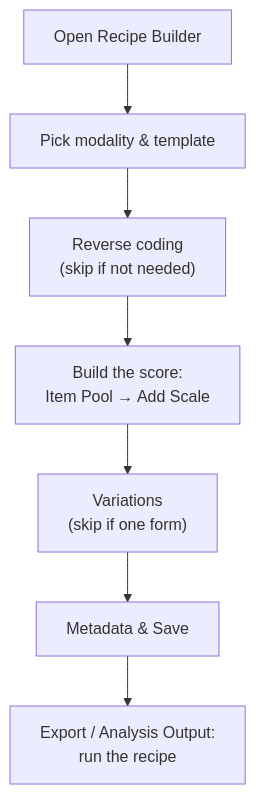
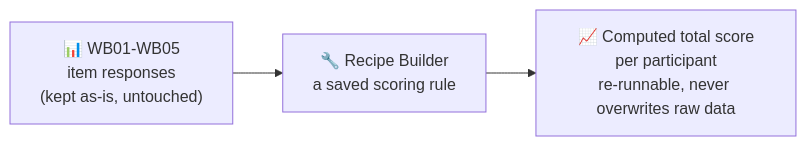
Before and after one commit to MRI-Lab-Graz/prism-studio: the diagram in docs/TUTORIAL_BEGINNER_4_RECIPE.md, drawn with Mermaid. The commit also changed 5 other files, not shown here.

First line of the commit message:
docs: replace per-chapter step flowcharts with input->tool->output diagrams (#126)

````diff
--- a/docs/TUTORIAL_BEGINNER_4_RECIPE.md
+++ b/docs/TUTORIAL_BEGINNER_4_RECIPE.md
@@ -12,9 +12,5 @@
 ```{mermaid}
-flowchart TD
-    A["Open Recipe Builder"] --> B["Pick modality & template"]
-    B --> C["Reverse coding<br/>(skip if not needed)"]
-    C --> D["Build the score:<br/>Item Pool → Add Scale"]
-    D --> E["Variations<br/>(skip if one form)"]
-    E --> F["Metadata & Save"]
-    F --> G["Export / Analysis Output:<br/>run the recipe"]
+flowchart LR
+    A["📊 WB01-WB05<br/>item responses<br/>(kept as-is, untouched)"] --> B["🔧 Recipe Builder<br/>a saved scoring rule"]
+    B --> C["📈 Computed total score<br/>per participant<br/>re-runnable, never overwrites raw data"]
 ```
````
